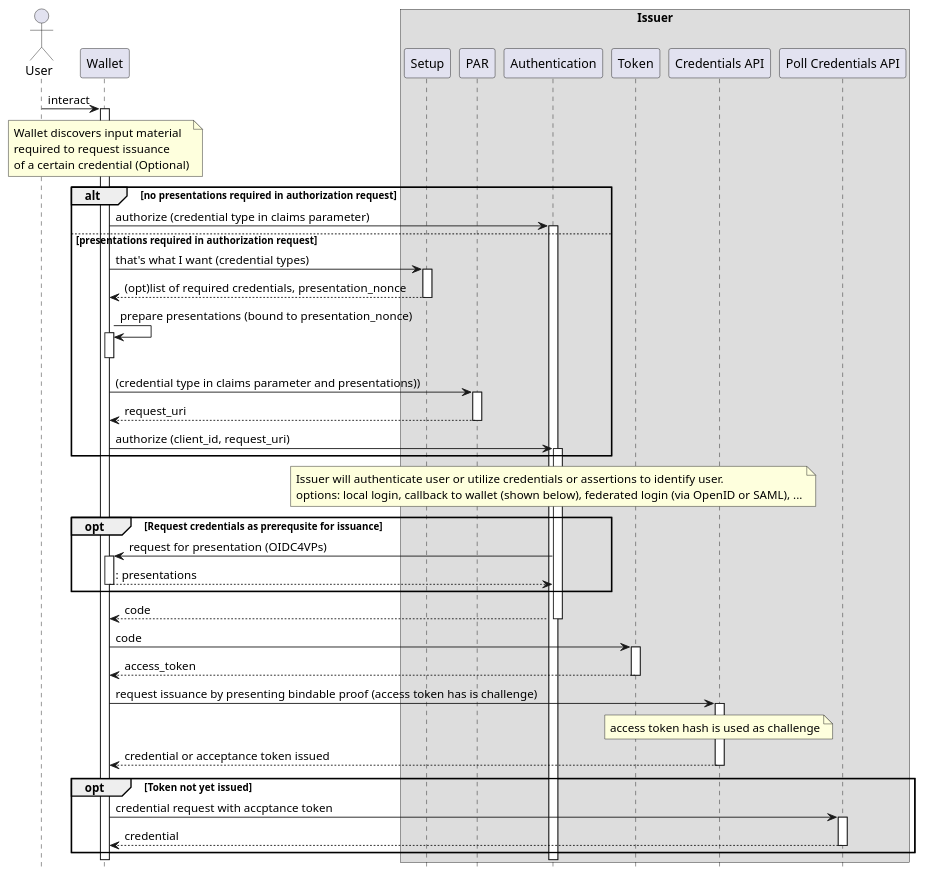
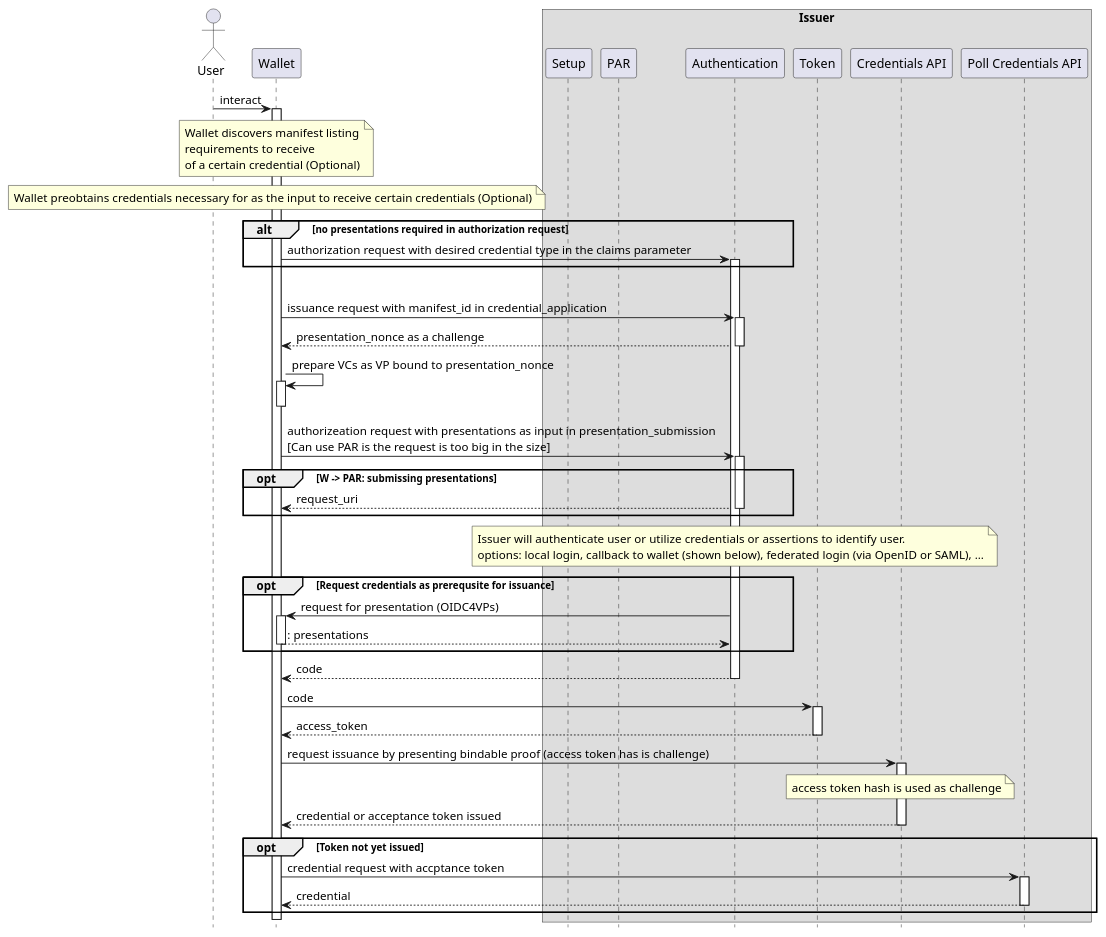
Before and after one commit to tlodderstedt/openid-connect-4-credential-issuance: the diagram in overview.puml, drawn with PlantUML.

Commit message:
how it will look like with presentation exchange

```diff
--- a/overview.puml
+++ b/overview.puml
@@ -1,58 +1,60 @@
 @startuml
 
 actor User as U
 participant Wallet as W
 box Issuer
 participant "Setup" as Setup
 participant "PAR" as PAR
 participant "Authentication" as AS
 participant "Token" as T
 participant "Credentials API" as P
 participant "Poll Credentials API" as I
 end box
 autoactivate on
 hide footbox
 
 U -> W: interact
-note over W: Wallet discovers input material\nrequired to request issuance\nof a certain credential (Optional)
+note over W: Wallet discovers manifest listing\nrequirements to receive\nof a certain credential (Optional)
+note over W: Wallet preobtains credentials necessary for as the input to receive certain credentials (Optional)
 
 alt no presentations required in authorization request
-W -> AS: authorize (credential type in claims parameter)
+W -> AS: authorization request with desired credential type in the claims parameter
+end
 
-else presentations required in authorization request
-W -> Setup: that's what I want (credential types)
-return (opt)list of required credentials, presentation_nonce
+alt presentations required in authorization request
+W -> AS: issuance request with manifest_id in credential_application
+return presentation_nonce as a challenge
 
-W -> W: prepare presentations (bound to presentation_nonce)
+W -> W: prepare VCs as VP bound to presentation_nonce
 deactivate W
 
-W -> PAR: (credential type in claims parameter and presentations))
+W -> AS: authorizeation request with presentations as input in presentation_submission\n[Can use PAR is the request is too big in the size]
+
+opt W -> PAR: submissing presentations
 return request_uri
-
-W -> AS: authorize (client_id, request_uri)
 end
 
 note over AS: Issuer will authenticate user or utilize credentials or assertions to identify user. \noptions: local login, callback to wallet (shown below), federated login (via OpenID or SAML), ...
 
 opt Request credentials as prerequsite for issuance
 AS -> W: request for presentation (OIDC4VPs)
 return: presentations
 end opt
 
 return code
 
 W -> T: code
 return access_token
 
 W->P: request issuance by presenting bindable proof (access token has is challenge)
 
 note over P: access token hash is used as challenge
 
 return credential or acceptance token issued
 opt Token not yet issued
 
 W->I: credential request with accptance token
 return credential
 end opt
 
 @enduml
```
